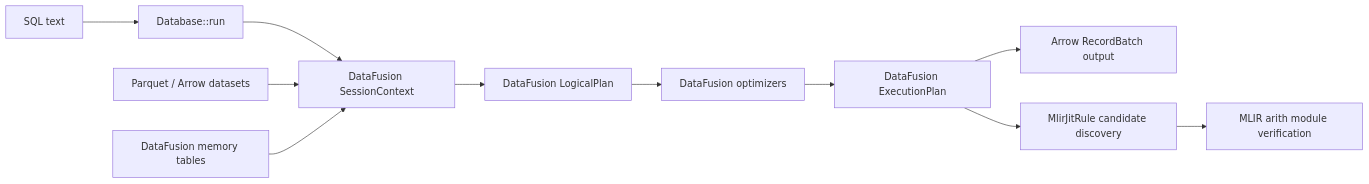
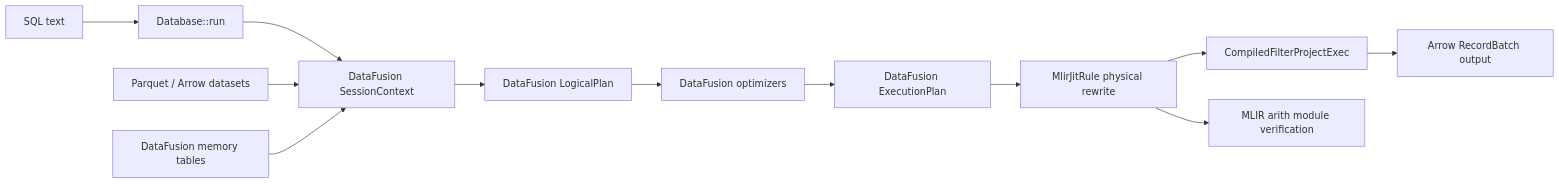
Before and after one commit to feichai0017/QuillSQL: the diagram in docs/src/architecture.md, drawn with Mermaid. The commit also changed other lines of this file and 9 other files, not shown here.

Commit message:
Run filter project through compiled exec

````diff
--- a/docs/src/architecture.md
+++ b/docs/src/architecture.md
@@ -10,14 +10,15 @@
 ```mermaid
 flowchart LR
     SQL["SQL text"] --> DB["Database::run"]
     DB --> DF["DataFusion SessionContext"]
     DF --> Logical["DataFusion LogicalPlan"]
     Logical --> Optimized["DataFusion optimizers"]
     Optimized --> Physical["DataFusion ExecutionPlan"]
-    Physical --> Arrow["Arrow RecordBatch output"]
+    Physical --> JITRule["MlirJitRule physical rewrite"]
+    JITRule --> CompiledExec["CompiledFilterProjectExec"]
+    CompiledExec --> Arrow["Arrow RecordBatch output"]
 
     Parquet["Parquet / Arrow datasets"] --> DF
     Memory["DataFusion memory tables"] --> DF
-    Physical --> JITRule["MlirJitRule candidate discovery"]
     JITRule --> MLIR["MLIR arith module verification"]
 ```
````
